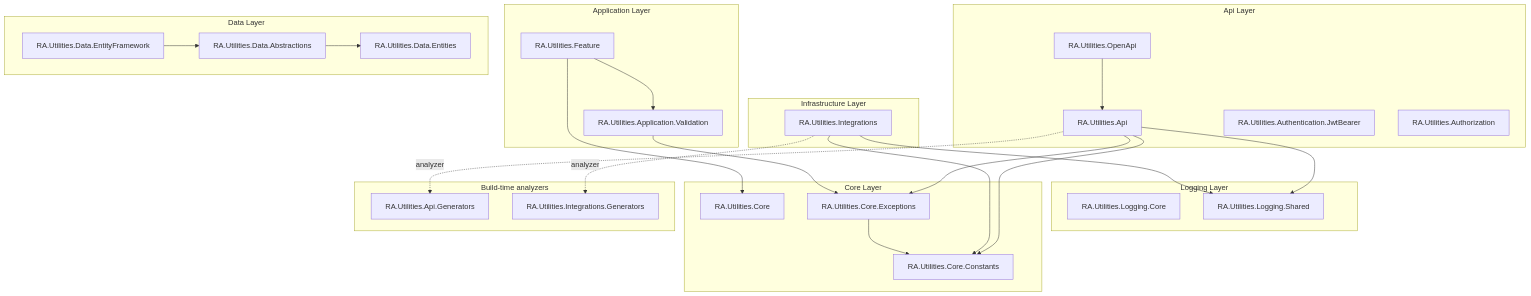
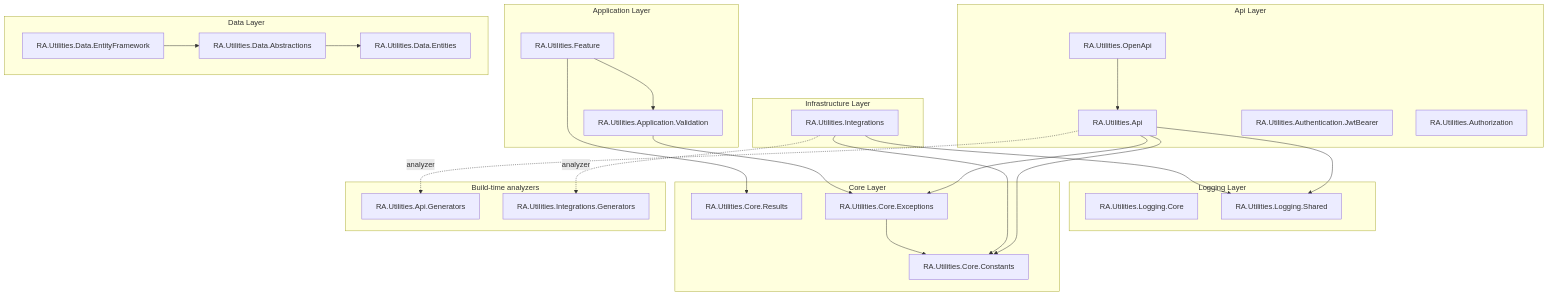
The diagram in README.md (RedonAlla/RA.Utilities), drawn with Mermaid before and after one commit. The commit also changed other lines of this file and 49 other files, not shown here.

First line of the commit message:
Refactor documentation and project references to rename RA.Utilities.Core to RA.Utilities.Core.Results

````diff
--- a/README.md
+++ b/README.md
@@ -82,64 +82,64 @@
 ```mermaid
 flowchart TD
     subgraph apilayer["Api Layer"]
         apipkg["RA.Utilities.Api"]
         openapi["RA.Utilities.OpenApi"]
         jwt["RA.Utilities.Authentication.JwtBearer"]
         authz["RA.Utilities.Authorization"]
     end
 
     subgraph infralayer["Infrastructure Layer"]
         integrations["RA.Utilities.Integrations"]
     end
 
     subgraph applayer["Application Layer"]
         feature["RA.Utilities.Feature"]
         validation["RA.Utilities.Application.Validation"]
     end
 
     subgraph datalayer["Data Layer"]
         dataef["RA.Utilities.Data.EntityFramework"]
         dataabstr["RA.Utilities.Data.Abstractions"]
         dataentities["RA.Utilities.Data.Entities"]
     end
 
     subgraph logginglayer["Logging Layer"]
         loggingcore["RA.Utilities.Logging.Core"]
         loggingshared["RA.Utilities.Logging.Shared"]
     end
 
     subgraph corelayer["Core Layer"]
-        corepkg["RA.Utilities.Core"]
+        corepkg["RA.Utilities.Core.Results"]
         coreconst["RA.Utilities.Core.Constants"]
         coreexc["RA.Utilities.Core.Exceptions"]
     end
 
     subgraph analyzers["Build-time analyzers"]
         apigen["RA.Utilities.Api.Generators"]
         intgen["RA.Utilities.Integrations.Generators"]
     end
 
     %% Api & Web
     apipkg --> coreconst
     apipkg --> coreexc
     apipkg --> loggingshared
     apipkg -. analyzer .-> apigen
     openapi --> apipkg
 
     %% Integrations
     integrations --> coreconst
     integrations --> loggingshared
     integrations -. analyzer .-> intgen
 
     %% Application Logic
     feature --> corepkg
     feature --> validation
     validation --> coreexc
 
     %% Data Access
     dataabstr --> dataentities
     dataef --> dataabstr
 
     %% Core
     coreexc --> coreconst
 ```
````
